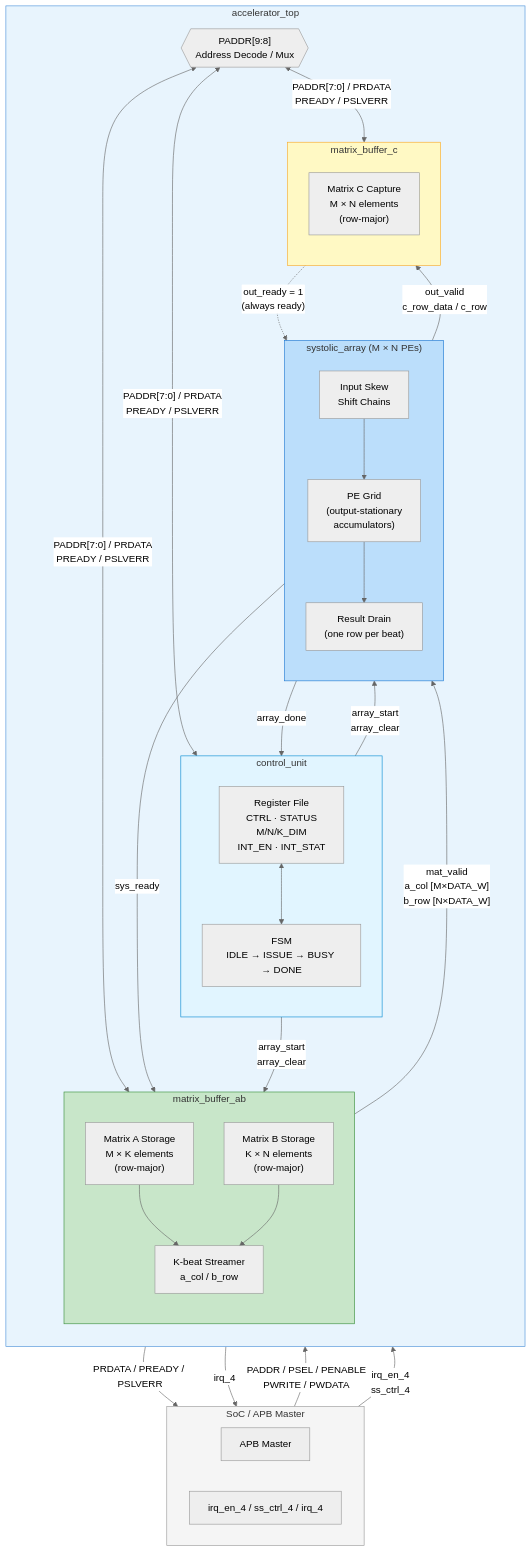
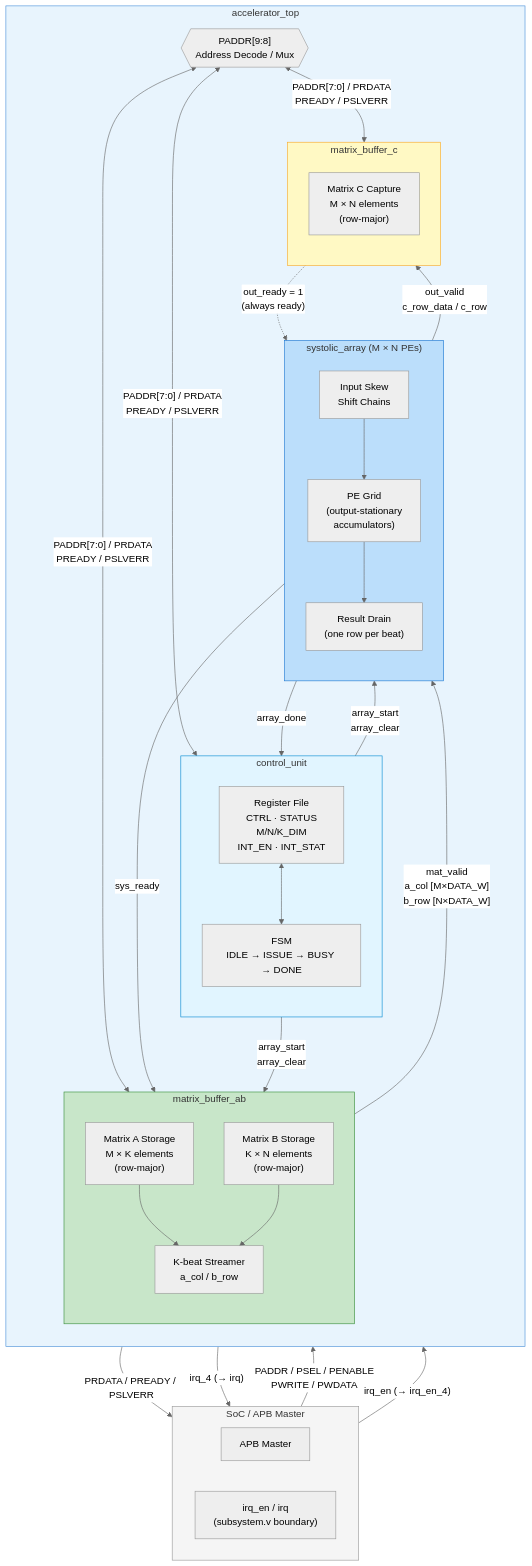
One commit to lithegreat/systolic-array-AI-accelerator changed the first of 5 diagrams in docs/interface/accelerator_top_if.md. Above: the diagram before and after it, drawn with Mermaid (neutral theme). The commit also changed other lines of this file and 3 other files, not shown here.

````diff
--- a/docs/interface/accelerator_top_if.md
+++ b/docs/interface/accelerator_top_if.md
@@ -23,70 +23,70 @@
 ```mermaid
 flowchart TB
    subgraph SoC["SoC / APB Master"]
       direction LR
       apb_m["APB Master"]
-      soc_irq["irq_en_4 / ss_ctrl_4 / irq_4"]
+      soc_irq["irq_en / irq\n(subsystem.v boundary)"]
    end
 
    subgraph TOP["accelerator_top"]
       direction TB
 
       decode{{"PADDR[9:8]\nAddress Decode / Mux"}}
 
       subgraph CTRL["control_unit"]
          direction TB
          regs["Register File\nCTRL · STATUS\nM/N/K_DIM\nINT_EN · INT_STAT"]
          fsm["FSM\nIDLE → ISSUE → BUSY → DONE"]
          regs <--> fsm
       end
 
       subgraph AB["matrix_buffer_ab"]
          direction TB
          mem_a["Matrix A Storage\nM × K elements\n(row-major)"]
          mem_b["Matrix B Storage\nK × N elements\n(row-major)"]
          streamer["K-beat Streamer\na_col / b_row"]
          mem_a --> streamer
          mem_b --> streamer
       end
 
       subgraph ARRAY["systolic_array  (M × N PEs)"]
          direction TB
          skew["Input Skew\nShift Chains"]
          pes["PE Grid\n(output-stationary\naccumulators)"]
          drain["Result Drain\n(one row per beat)"]
          skew --> pes --> drain
       end
 
       subgraph C["matrix_buffer_c"]
          direction TB
          mem_c["Matrix C Capture\nM × N elements\n(row-major)"]
       end
 
       decode <-- "PADDR[7:0] / PRDATA\nPREADY / PSLVERR" --> CTRL
       decode <-- "PADDR[7:0] / PRDATA\nPREADY / PSLVERR" --> AB
       decode <-- "PADDR[7:0] / PRDATA\nPREADY / PSLVERR" --> C
 
       fsm -- "array_start\narray_clear" --> streamer
       fsm -- "array_start\narray_clear" --> ARRAY
       drain -- "array_done" --> fsm
 
       streamer -- "mat_valid\na_col [M×DATA_W]\nb_row [N×DATA_W]" --> skew
       skew -- "sys_ready" --> streamer
 
       drain -- "out_valid\nc_row_data / c_row" --> mem_c
       mem_c -. "out_ready = 1\n(always ready)" .-> drain
    end
 
    apb_m -- "PADDR / PSEL / PENABLE\nPWRITE / PWDATA" --> decode
    decode -- "PRDATA / PREADY / PSLVERR" --> apb_m
 
-   soc_irq -- "irq_en_4\nss_ctrl_4" --> CTRL
-   fsm -- "irq_4" --> soc_irq
+   soc_irq -- "irq_en (→ irq_en_4)" --> CTRL
+   fsm -- "irq_4 (→ irq)" --> soc_irq
 
    style SoC fill:#f5f5f5,stroke:#999
    style TOP fill:#e8f4fd,stroke:#4a90d9
    style CTRL fill:#e1f5ff,stroke:#0288d1
    style AB fill:#c8e6c9,stroke:#388e3c
    style ARRAY fill:#bbdefb,stroke:#1976d2
    style C fill:#fff9c4,stroke:#f9a825
 ```
````
